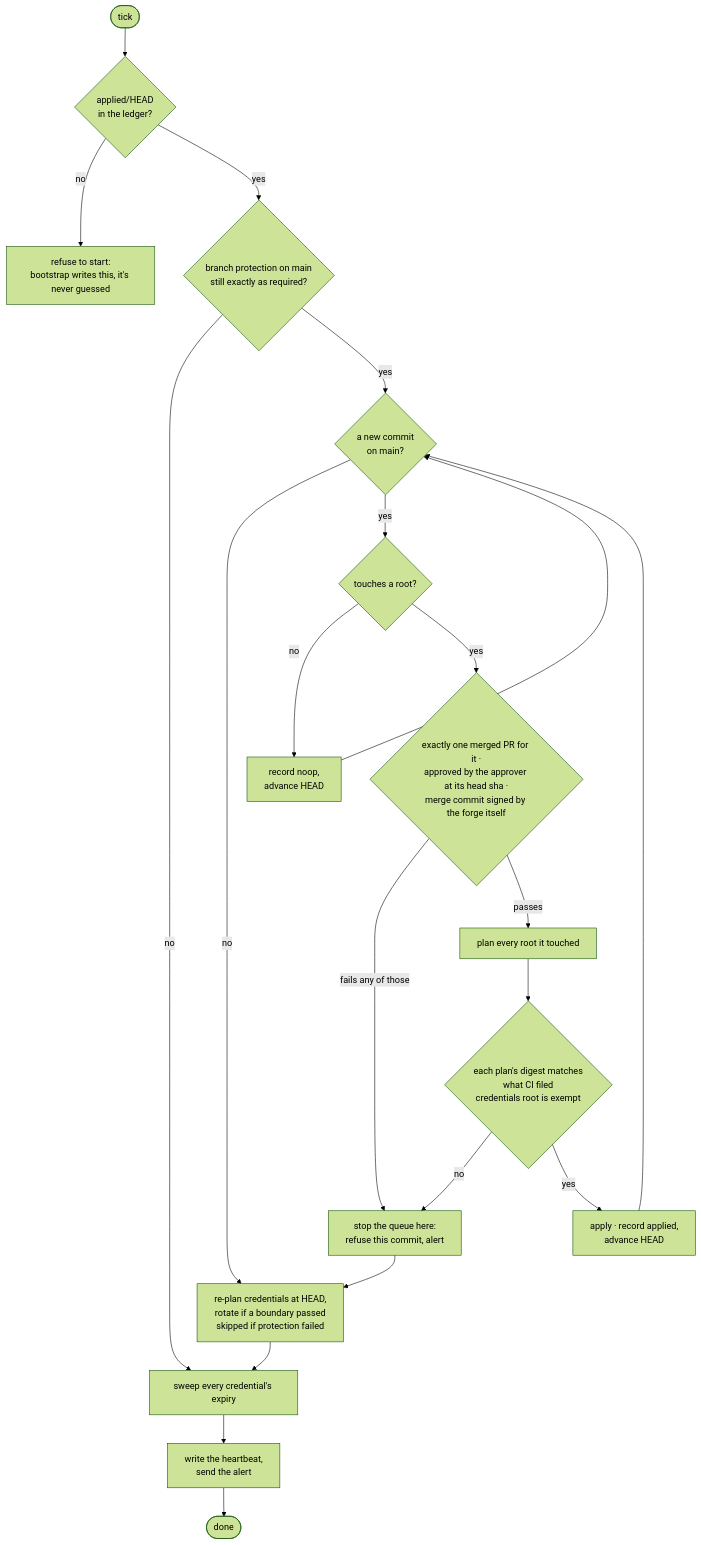
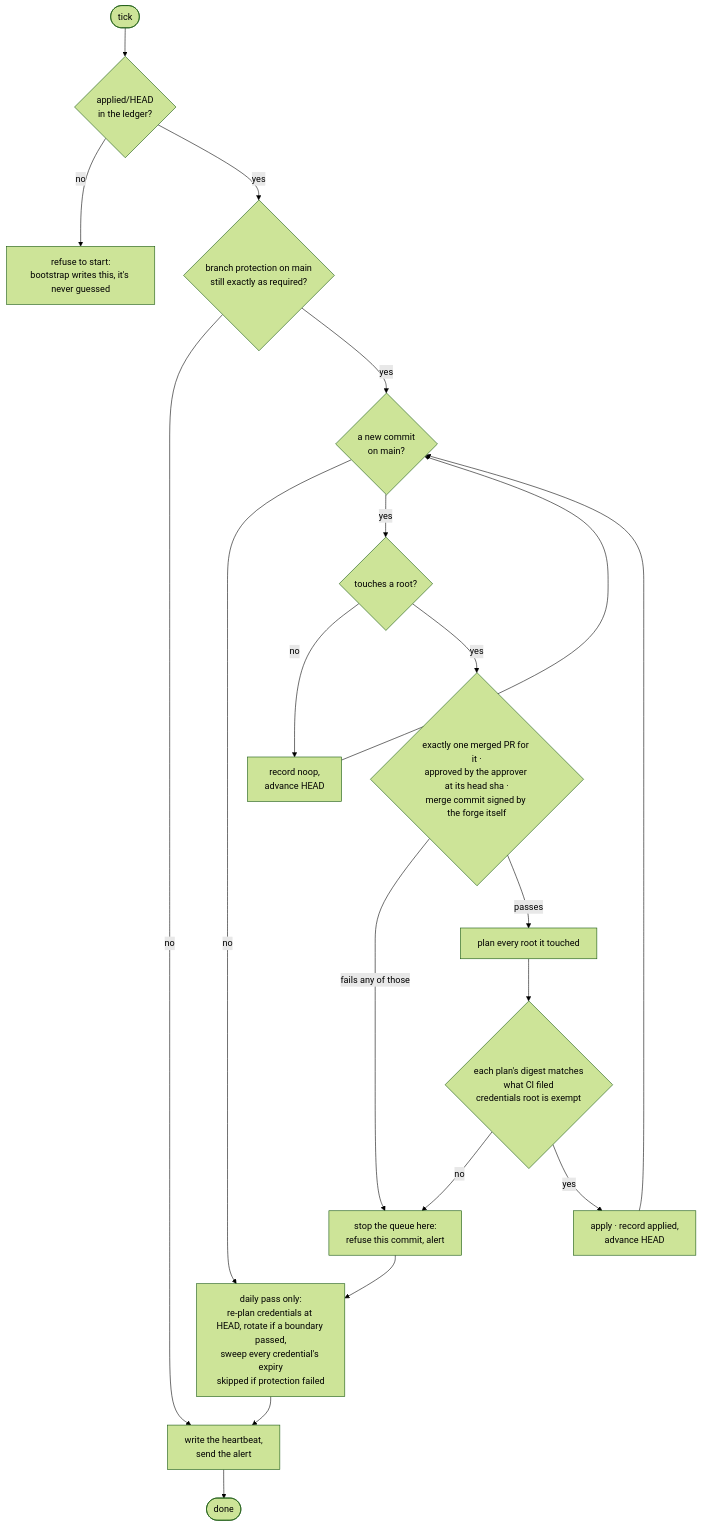
One commit to beeradb/truss changed the second of 2 diagrams in docs/design.md. Above: the diagram before and after it, drawn with Mermaid (forest theme). The commit also changed other lines of this file and 2 other files, not shown here.

First line of the commit message:
Rotation is daily, and the docs said every pass

````diff
--- a/docs/design.md
+++ b/docs/design.md
@@ -124,20 +124,20 @@
 ```mermaid
 flowchart TD
     T([tick]) --> H0{applied/HEAD<br/>in the ledger?}
     H0 -- no --> BOOT[refuse to start:<br/>bootstrap writes this, it's never guessed]
     H0 -- yes --> P{branch protection on main<br/>still exactly as required?}
     P -- no --> TAIL
     P -- yes --> C{a new commit<br/>on main?}
     C -- no --> ROT
     C -- yes --> N{touches a root?}
     N -- no --> ADV[record noop,<br/>advance HEAD] --> C
     N -- yes --> G1{exactly one merged PR for it ·<br/>approved by the approver at its head sha ·<br/>merge commit signed by the forge itself}
     G1 -- fails any of those --> STOP[stop the queue here:<br/>refuse this commit, alert]
     G1 -- passes --> PL[plan every root it touched]
     PL --> G2{each plan's digest matches<br/>what CI filed<br/>credentials root is exempt}
     G2 -- no --> STOP
     G2 -- yes --> AP2[apply · record applied,<br/>advance HEAD] --> C
     STOP --> ROT
-    ROT[re-plan credentials at HEAD,<br/>rotate if a boundary passed<br/>skipped if protection failed] --> TAIL
-    TAIL[sweep every credential's expiry] --> HB[write the heartbeat,<br/>send the alert] --> E([done])
+    ROT[daily pass only:<br/>re-plan credentials at HEAD, rotate if a boundary passed,<br/>sweep every credential's expiry<br/>skipped if protection failed] --> TAIL
+    TAIL[write the heartbeat,<br/>send the alert] --> E([done])
 ```
````
